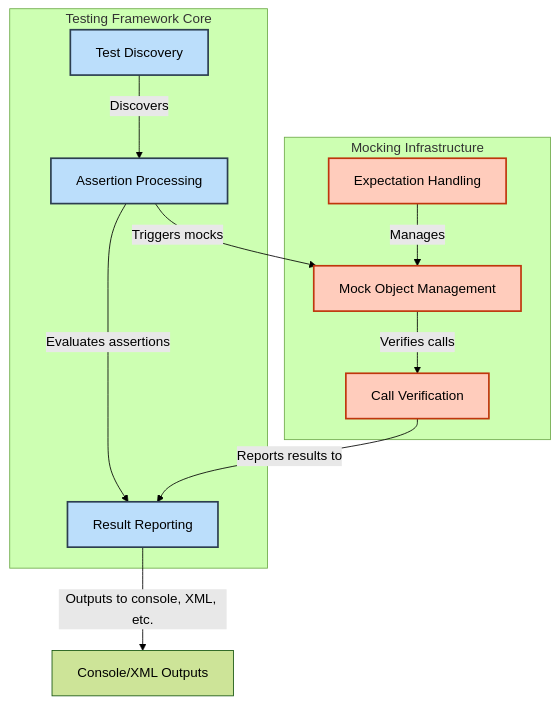
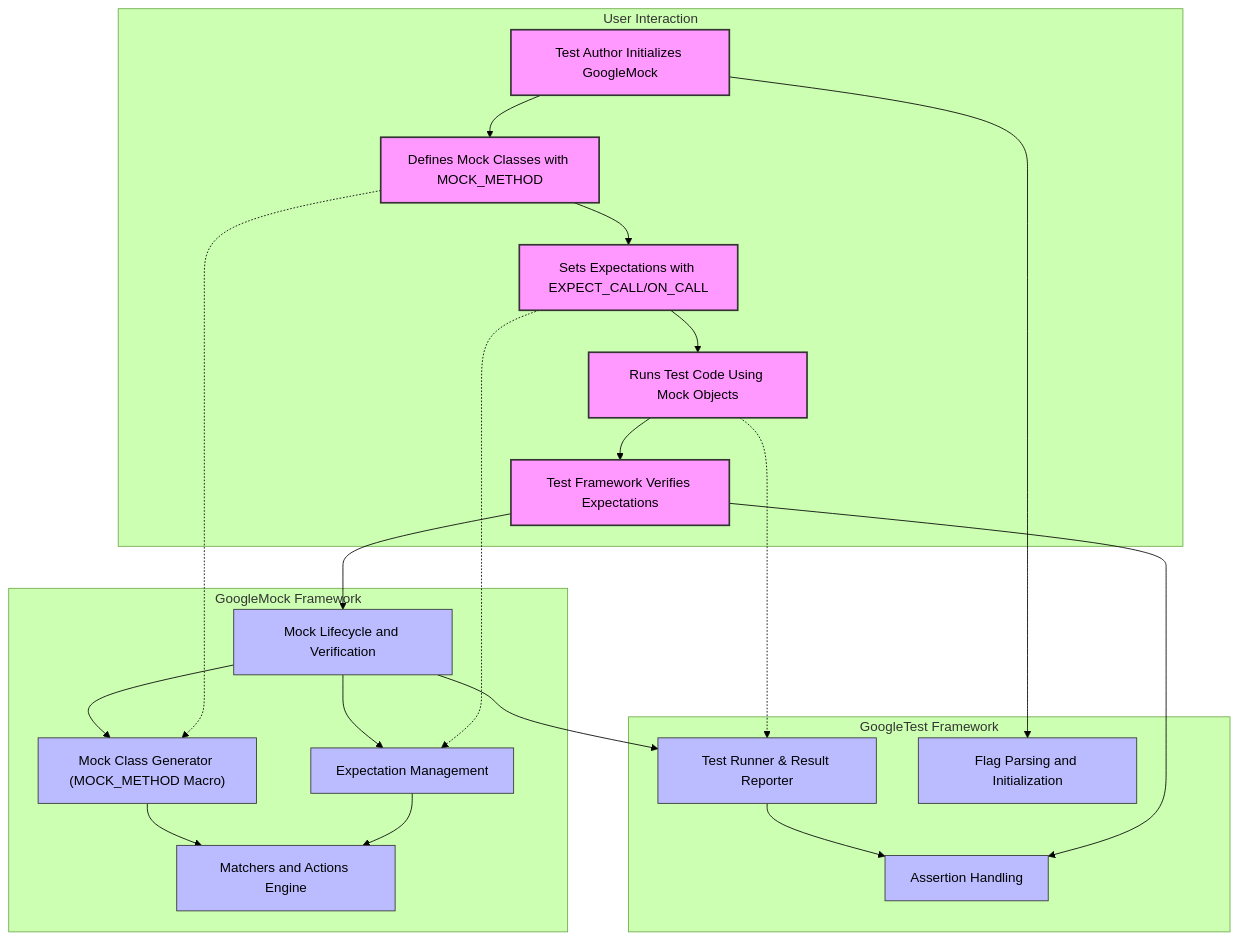
One commit to clidey/docucod-public-project-869ef7c3-7eff-4ad2-9765-2698303f14d7 changed the diagram in overview/architecture-and-core-concepts/system-architecture.mdx. Above: the diagram before and after it, drawn with Mermaid (forest theme). The commit also changed other lines of this file and 46 other files, not shown here.

````diff
--- a/overview/architecture-and-core-concepts/system-architecture.mdx
+++ b/overview/architecture-and-core-concepts/system-architecture.mdx
@@ -18,33 +70,56 @@
 ```mermaid
 flowchart TD
 
-  subgraph "Testing Framework Core"
-    TestDiscovery["Test Discovery"]
-    AssertionProcessor["Assertion Processing"]
-    ResultReporter["Result Reporting"]
+  subgraph User Interaction
+    U1["Test Author Initializes GoogleMock"]
+    U2["Defines Mock Classes with MOCK_METHOD"]
+    U3["Sets Expectations with EXPECT_CALL/ON_CALL"]
+    U4["Runs Test Code Using Mock Objects"]
+    U5["Test Framework Verifies Expectations"]
   end
 
-  subgraph "Mocking Infrastructure"
-    MockObjectManager["Mock Object Management"]
-    ExpectationHandler["Expectation Handling"]
-    CallVerifier["Call Verification"]
+  subgraph GoogleMock Framework
+    GM1["Mock Class Generator (MOCK_METHOD Macro)"]
+    GM2["Matchers and Actions Engine"]
+    GM3["Expectation Management"]
+    GM4["Mock Lifecycle and Verification"]
   end
 
-  TestDiscovery -->|Discovers| AssertionProcessor
-  AssertionProcessor -->|Evaluates assertions| ResultReporter
+  subgraph GoogleTest Framework
+    GT1["Test Runner & Result Reporter"]
+    GT2["Assertion Handling"]
+    GT3["Flag Parsing and Initialization"]
+  end
 
-  AssertionProcessor -->|Triggers mocks| MockObjectManager
-  MockObjectManager -->|Verifies calls| CallVerifier
-  ExpectationHandler -->|Manages| MockObjectManager
-  CallVerifier -->|Reports results to| ResultReporter
+  %% User Interaction Flow
+  U1 --> U2
+  U2 --> U3
+  U3 --> U4
+  U4 --> U5
 
-  ResultReporter -->|Outputs to console, XML, etc.| ExternalOutputs["Console/XML Outputs"]
+  %% Framework internal dependencies
+  GM1 --> GM2
+  GM3 --> GM2
+  GM4 --> GM3
 
-  %% Explanation Notes
-  classDef core fill:#bbdefb,stroke:#2c3e50,stroke-width:2px
-  class TestDiscovery,AssertionProcessor,ResultReporter core
+  %% Integration arrows
+  U1 --> GT3
+  U5 --> GM4
+  GM4 --> GT1
+  GT1 --> GT2
+  U5 --> GT2
 
-  classDef mocks fill:#ffccbc,stroke:#bf360c,stroke-width:2px
-  class MockObjectManager,ExpectationHandler,CallVerifier mocks
+  %% Mock and Test coupling
+  GM4 --> GM1
 
+  %% User interacts directly with GoogleMock macros and GoogleTest framework
+  U2 -.-> GM1
+  U3 -.-> GM3
+  U4 -.-> GT1
+
+  %% Styling
+  classDef User fill:#f9f,stroke:#333,stroke-width:2px,color:#000;
+  classDef Framework fill:#bbf,stroke:#333,stroke-width:1px,color:#000;
+  class U1,U2,U3,U4,U5 User;
+  class GM1,GM2,GM3,GM4,GT1,GT2,GT3 Framework;
 ```
````
